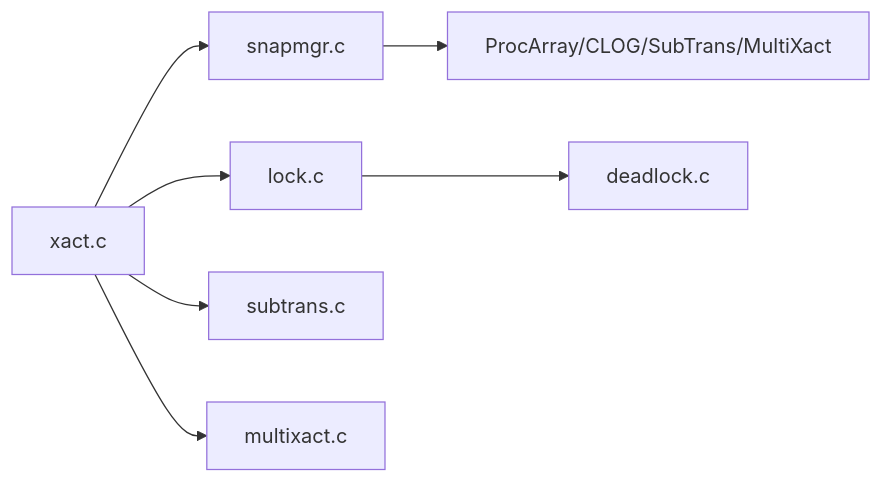
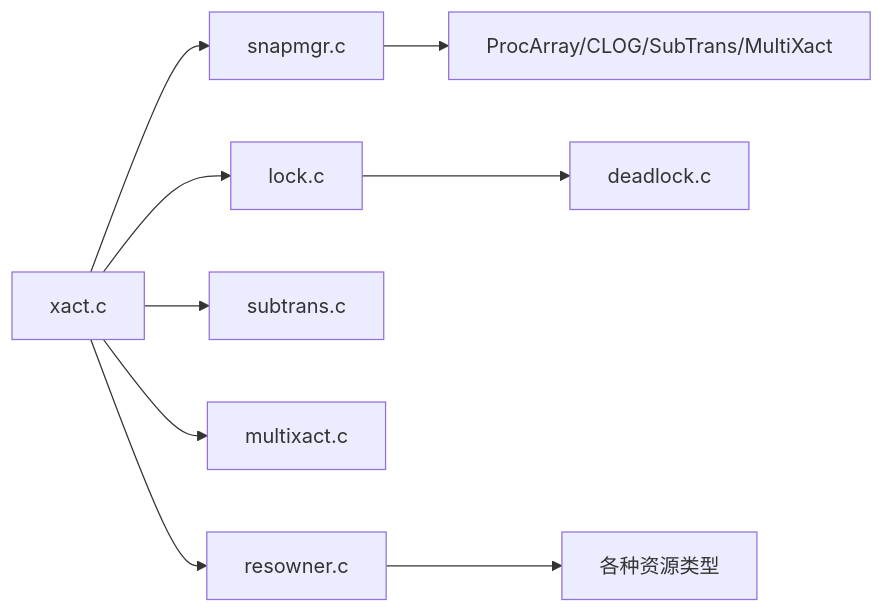
The ninth of 9 diagrams in .qoder/repowiki/zh/content/事务管理/事务管理.md (chirpyli/minipg), drawn with Mermaid before and after one commit. The commit also changed other lines of this file and 362 other files, not shown here.

````diff
--- a/.qoder/repowiki/zh/content/事务管理/事务管理.md
+++ b/.qoder/repowiki/zh/content/事务管理/事务管理.md
@@ -269,9 +341,11 @@
 ```mermaid
 graph LR
 X["xact.c"] --> S["snapmgr.c"]
 X --> L["lock.c"]
 X --> ST["subtrans.c"]
 X --> MX["multixact.c"]
+X --> RO["resowner.c"]
 L --> DL["deadlock.c"]
 S --> PROC["ProcArray/CLOG/SubTrans/MultiXact"]
+RO --> RES["各种资源类型"]
 ```
````
